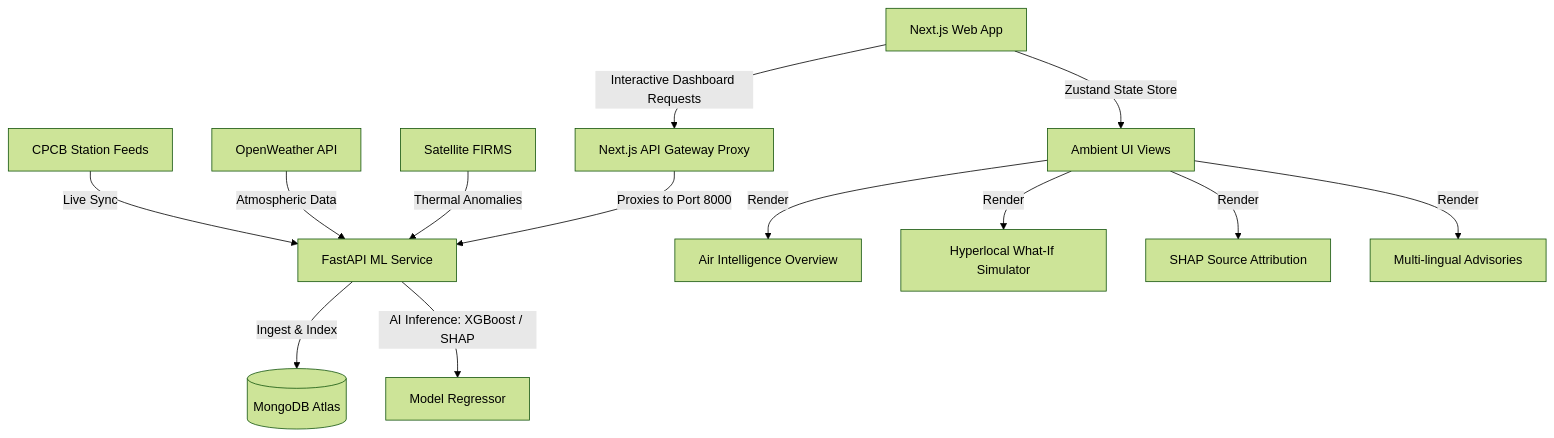
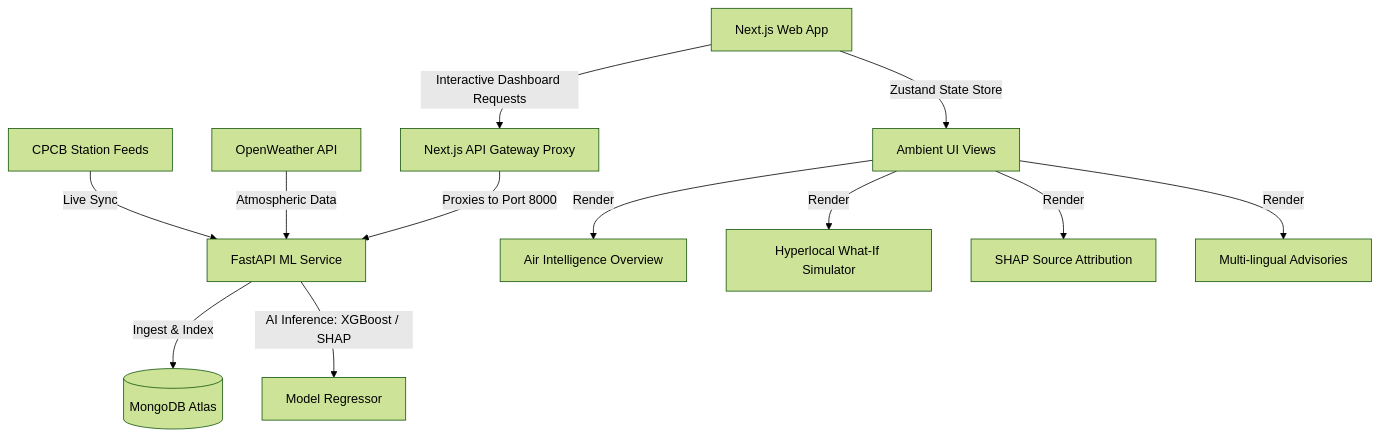
Before and after one commit to Diptadeep-21/AeroVariance: the diagram in README.md, drawn with Mermaid (forest theme). The commit also changed other lines of this file, not shown here.

````diff
--- a/README.md
+++ b/README.md
@@ -22,22 +36,21 @@
 ```mermaid
 graph TD
     %% Ingestion Layer
     A1[CPCB Station Feeds] -->|Live Sync| B[FastAPI ML Service]
     A2[OpenWeather API] -->|Atmospheric Data| B
-    A3[Satellite FIRMS] -->|Thermal Anomalies| B
-
+    
     %% Storage & Compute
     B -->|Ingest & Index| C[(MongoDB Atlas)]
     B -->|AI Inference: XGBoost / SHAP| D[Model Regressor]
     
     %% API Gateway Proxy
     E[Next.js Web App] -->|Interactive Dashboard Requests| F[Next.js API Gateway Proxy]
     F -->|Proxies to Port 8000| B
     
     %% UI Presentation
     E -->|Zustand State Store| G[Ambient UI Views]
     G -->|Render| H1[Air Intelligence Overview]
     G -->|Render| H2[Hyperlocal What-If Simulator]
     G -->|Render| H3[SHAP Source Attribution]
     G -->|Render| H4[Multi-lingual Advisories]
 ```
````
